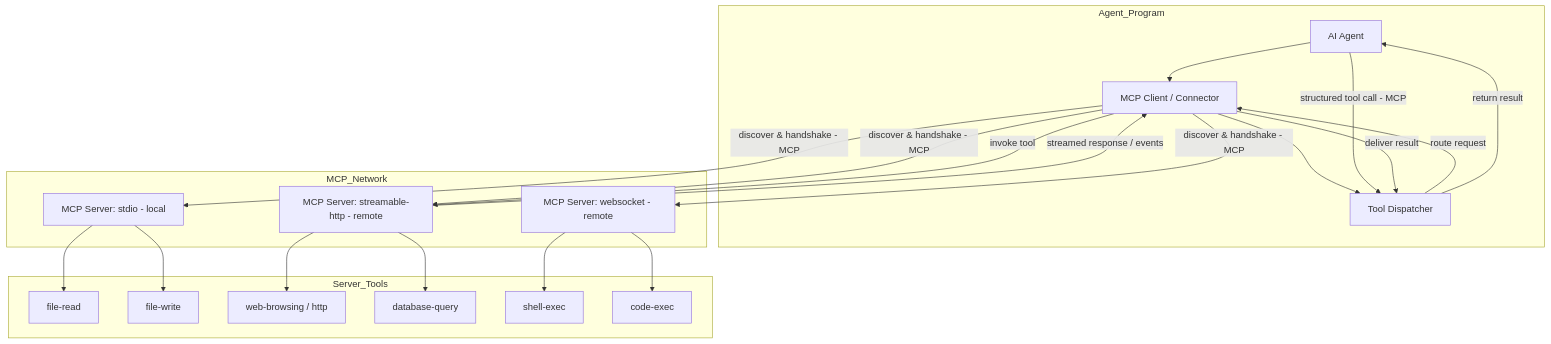
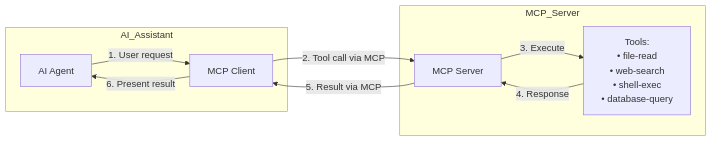
Before and after one commit to madeindigio/aidd: the diagram in presentations/01-intro-to-aidd/slides.md, drawn with Mermaid. The commit also changed other lines of this file and 2 other files, not shown here.

````diff
--- a/presentations/01-intro-to-aidd/slides.md
+++ b/presentations/01-intro-to-aidd/slides.md
@@ -191,40 +221,19 @@
 ```mermaid
-flowchart TB
-  subgraph Agent_Program
-    AGT[AI Agent] --> CLI[MCP Client / Connector]
-    CLI --> DISP[Tool Dispatcher]
+flowchart LR
+  subgraph AI_Assistant
+    AGENT[AI Agent]
+    CLIENT[MCP Client]
   end
 
-  subgraph MCP_Network
-    STD[MCP Server: stdio - local]
-    HTTP[MCP Server: streamable-http - remote]
-    WS[MCP Server: websocket - remote]
+  subgraph MCP_Server
+    SERVER[MCP Server]
+    TOOLS[Tools:<br/>• file-read<br/>• web-search<br/>• shell-exec<br/>• database-query]
   end
 
-  subgraph Server_Tools
-    FREAD[file-read]
-    FWRITE[file-write]
-    WEB[web-browsing / http]
-    DB[database-query]
-    SHELL[shell-exec]
-    CODE[code-exec]
-  end
-
-  CLI -->|discover & handshake - MCP| STD
-  CLI -->|discover & handshake - MCP| HTTP
-  CLI -->|discover & handshake - MCP| WS
-
-  STD --> FREAD
-  STD --> FWRITE
-  HTTP --> WEB
-  HTTP --> DB
-  WS --> SHELL
-  WS --> CODE
-
-  AGT -->|structured tool call - MCP| DISP
-  DISP -->|route request| CLI
-  CLI -->|invoke tool| HTTP
-  HTTP -->|streamed response / events| CLI
-  CLI -->|deliver result| DISP
-  DISP -->|return result| AGT
+  AGENT -->|1. User request| CLIENT
+  CLIENT -->|2. Tool call via MCP| SERVER
+  SERVER -->|3. Execute| TOOLS
+  TOOLS -->|4. Response| SERVER
+  SERVER -->|5. Result via MCP| CLIENT
+  CLIENT -->|6. Present result| AGENT
 ```
````
